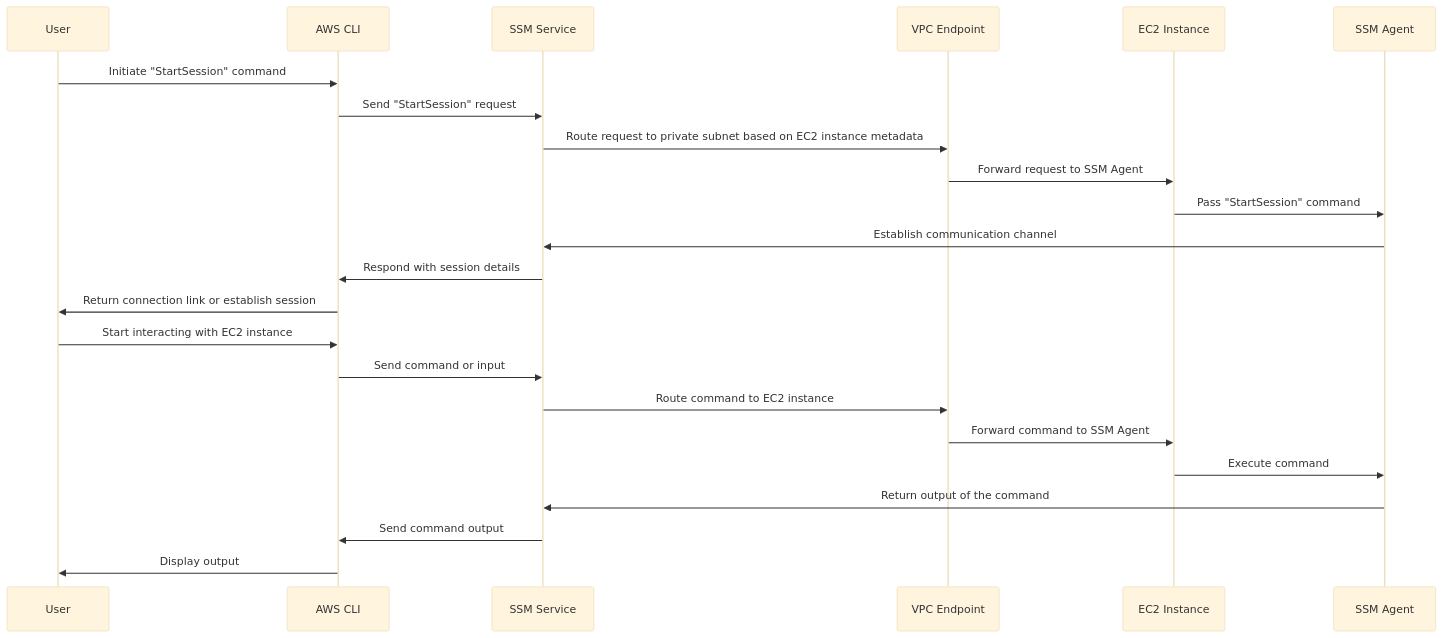
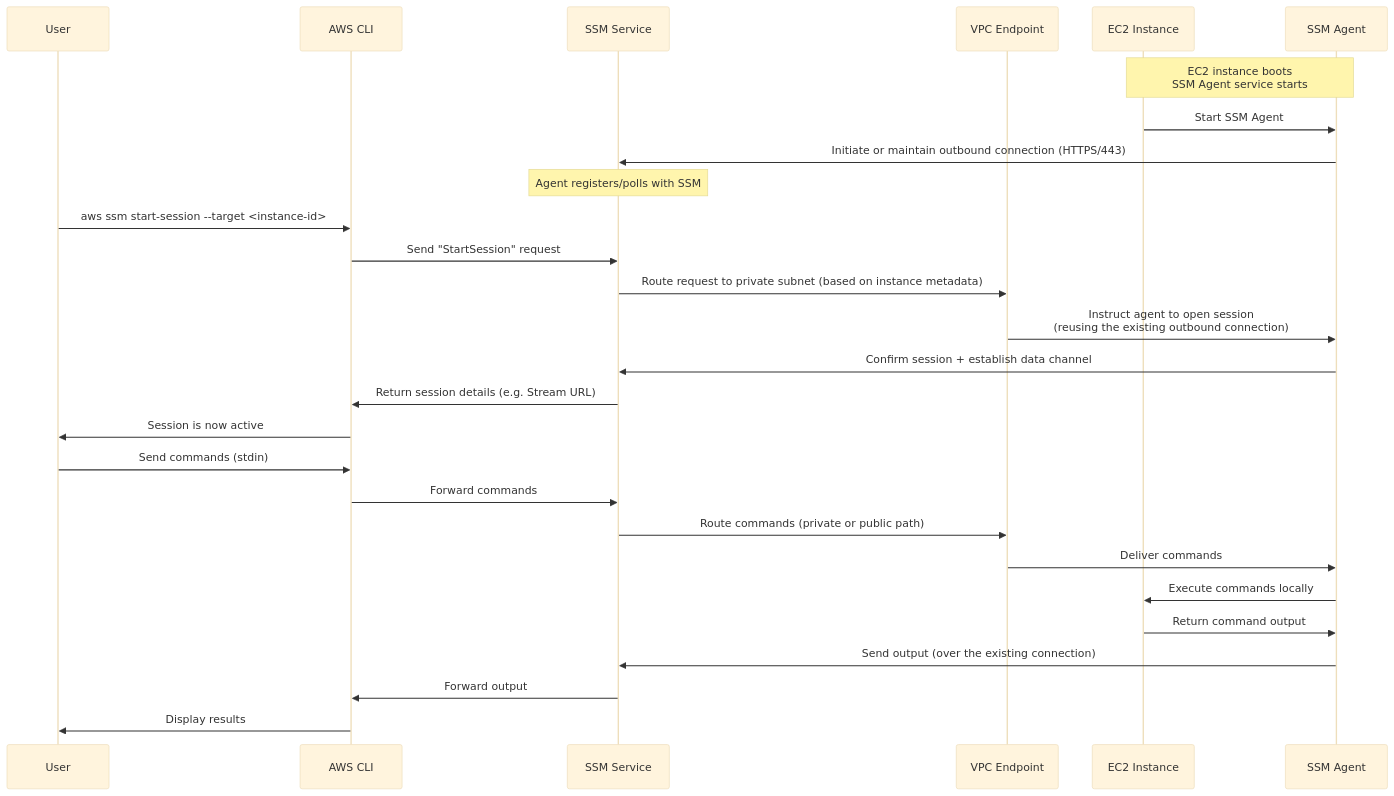
One commit to MinhHungPhan/aws-hands-on-labs changed the diagram in 01-Amazon-EC2/02-associate/03-connect-to-ec2-in-a-private-subnet-using-session-manager/README.md. Above: the diagram before and after it, drawn with Mermaid (base theme). The commit also changed other lines of this file, not shown here.

Commit message:
updated sequence diagram for better understanding

````diff
--- a/01-Amazon-EC2/02-associate/03-connect-to-ec2-in-a-private-subnet-using-session-manager/README.md
+++ b/01-Amazon-EC2/02-associate/03-connect-to-ec2-in-a-private-subnet-using-session-manager/README.md
@@ -30,27 +30,41 @@
 ```mermaid
 sequenceDiagram
+
     participant User
     participant AWS CLI
     participant SSM Service
     participant VPC Endpoint
     participant EC2 Instance
     participant SSM Agent
 
-    User->>AWS CLI: Initiate "StartSession" command
+    %% --- 1) EC2 Boots and Agent Starts ---
+    note over EC2 Instance, SSM Agent: EC2 instance boots<br>SSM Agent service starts
+    EC2 Instance->>SSM Agent: Start SSM Agent
+    SSM Agent->>SSM Service: Initiate or maintain outbound connection (HTTPS/443)
+    note over SSM Service: Agent registers/polls with SSM
+
+    %% --- 2) StartSession Request ---
+    User->>AWS CLI: aws ssm start-session --target <instance-id>
     AWS CLI->>SSM Service: Send "StartSession" request
-    SSM Service->>VPC Endpoint: Route request to private subnet based on EC2 instance metadata
-    VPC Endpoint->>EC2 Instance: Forward request to SSM Agent
-    EC2 Instance->>SSM Agent: Pass "StartSession" command
-    SSM Agent->>SSM Service: Establish communication channel
-    SSM Service->>AWS CLI: Respond with session details
-    AWS CLI->>User: Return connection link or establish session
 
-    User->>AWS CLI: Start interacting with EC2 instance
-    AWS CLI->>SSM Service: Send command or input
-    SSM Service->>VPC Endpoint: Route command to EC2 instance
-    VPC Endpoint->>EC2 Instance: Forward command to SSM Agent
-    EC2 Instance->>SSM Agent: Execute command
-    SSM Agent->>SSM Service: Return output of the command
-    SSM Service->>AWS CLI: Send command output
-    AWS CLI->>User: Display output
+    SSM Service->>VPC Endpoint: Route request to private subnet (based on instance metadata)
+    VPC Endpoint->>SSM Agent: Instruct agent to open session<br>(reusing the existing outbound connection)
+
+    %% SSM Agent "receives" the instruction because it has
+    %% already established or is actively polling SSM Service
+    SSM Agent->>SSM Service: Confirm session + establish data channel
+
+    SSM Service->>AWS CLI: Return session details (e.g. Stream URL)
+    AWS CLI->>User: Session is now active
+
+    %% --- 3) Commands + Outputs ---
+    User->>AWS CLI: Send commands (stdin)
+    AWS CLI->>SSM Service: Forward commands
+    SSM Service->>VPC Endpoint: Route commands (private or public path)
+    VPC Endpoint->>SSM Agent: Deliver commands
+    SSM Agent->>EC2 Instance: Execute commands locally
+    EC2 Instance->>SSM Agent: Return command output
+    SSM Agent->>SSM Service: Send output (over the existing connection)
+    SSM Service->>AWS CLI: Forward output
+    AWS CLI->>User: Display results
 ```
````
